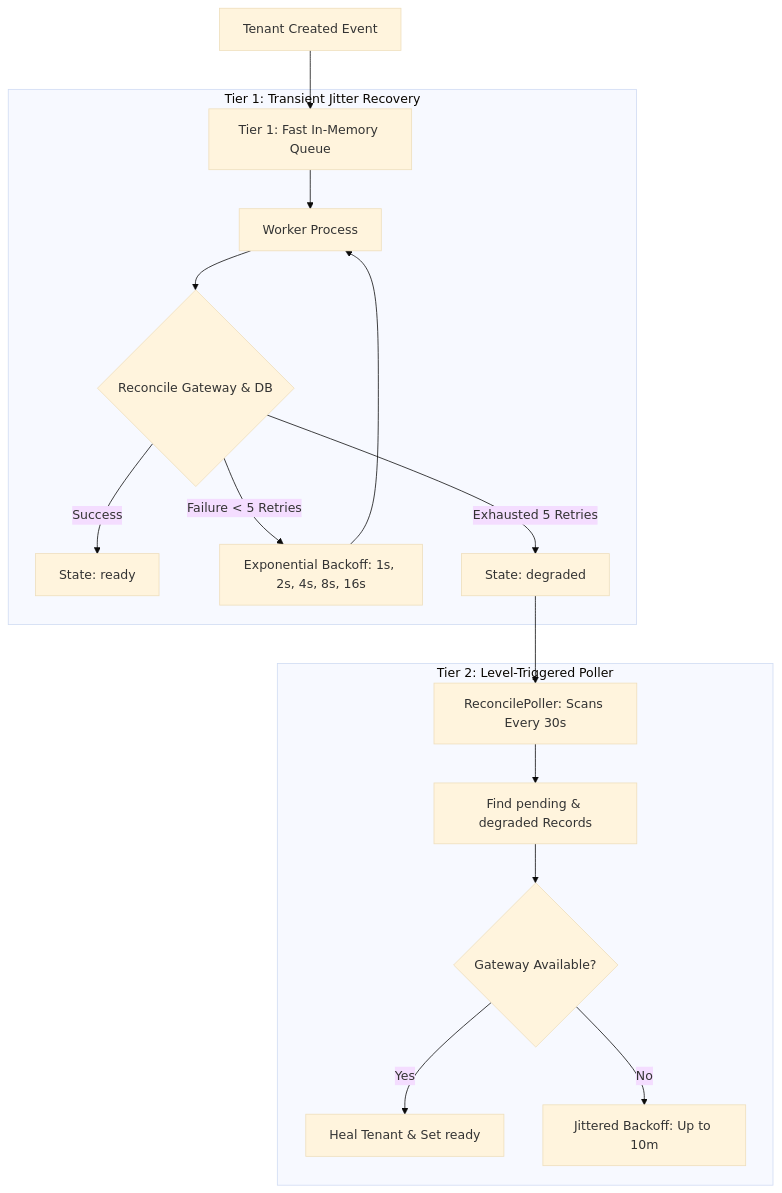
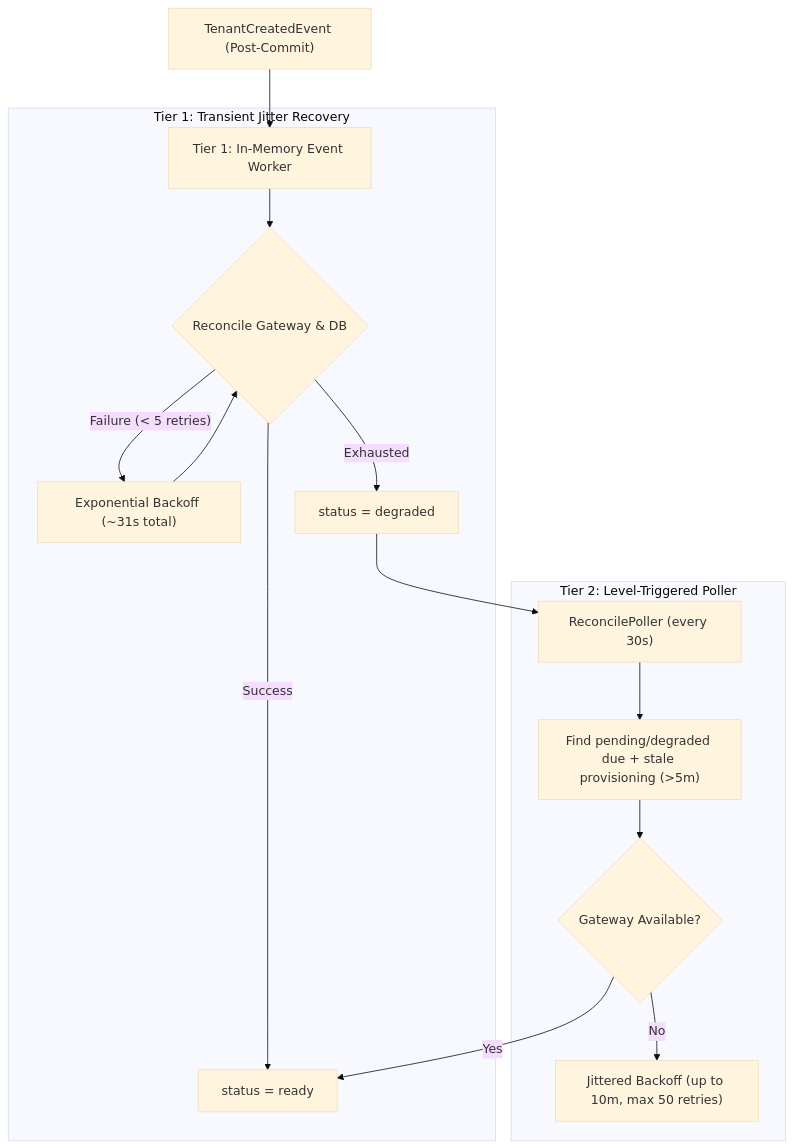
One commit to Sanderhoff-alt/oh-my-ragflow changed the first of 3 diagrams in extensions/model-platform/implementation-plan.md. Above: the diagram before and after it, drawn with Mermaid (base theme). The commit also changed other lines of this file and 5 other files, not shown here.

First line of the commit message:
docs(model-platform): refactor architecture and design docs to living state

````diff
--- a/extensions/model-platform/implementation-plan.md
+++ b/extensions/model-platform/implementation-plan.md
@@ -297,21 +179,17 @@
 ```mermaid
 flowchart TD
-    CommitEvent[Tenant Created Event] --> Tier1Queue[Tier 1: Fast In-Memory Queue]
-
-    subgraph Tier1 [Tier 1: Transient Jitter Recovery]
-        Tier1Queue --> Worker[Worker Process]
-        Worker --> TryReconcile{Reconcile Gateway & DB}
-        TryReconcile -->|Success| SetReady[State: ready]
-        TryReconcile -->|Failure < 5 Retries| Backoff1[Exponential Backoff: 1s, 2s, 4s, 8s, 16s] --> Worker
-        TryReconcile -->|Exhausted 5 Retries| SetDegraded[State: degraded]
+    CommitEvent["TenantCreatedEvent (Post-Commit)"] --> Tier1Queue["Tier 1: In-Memory Event Worker"]
+    subgraph Tier1 ["Tier 1: Transient Jitter Recovery"]
+        Tier1Queue --> TryReconcile{"Reconcile Gateway & DB"}
+        TryReconcile -->|"Success"| SetReady["status = ready"]
+        TryReconcile -->|"Failure (< 5 retries)"| Backoff1["Exponential Backoff (~31s total)"] --> TryReconcile
+        TryReconcile -->|"Exhausted"| SetDegraded["status = degraded"]
     end
-
-    subgraph Tier2 [Tier 2: Level-Triggered Poller]
-        Poller[ReconcilePoller: Scans Every 30s] --> FindDegraded[Find pending & degraded Records]
-        FindDegraded --> TryPoller{Gateway Available?}
-        TryPoller -->|Yes| Heal[Heal Tenant & Set ready]
-        TryPoller -->|No| Backoff2[Jittered Backoff: Up to 10m]
+    subgraph Tier2 ["Tier 2: Level-Triggered Poller"]
+        Poller["ReconcilePoller (every 30s)"] --> FindDue["Find pending/degraded due + stale provisioning (>5m)"]
+        FindDue --> TryHeal{"Gateway Available?"}
+        TryHeal -->|"Yes"| SetReady
+        TryHeal -->|"No"| Backoff2["Jittered Backoff (up to 10m, max 50 retries)"]
     end
-
     SetDegraded --> Poller
 ```
````
